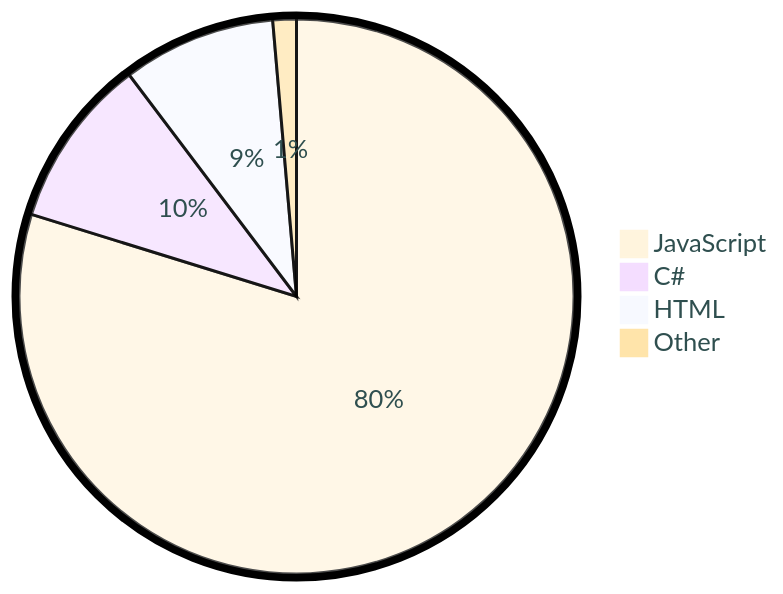
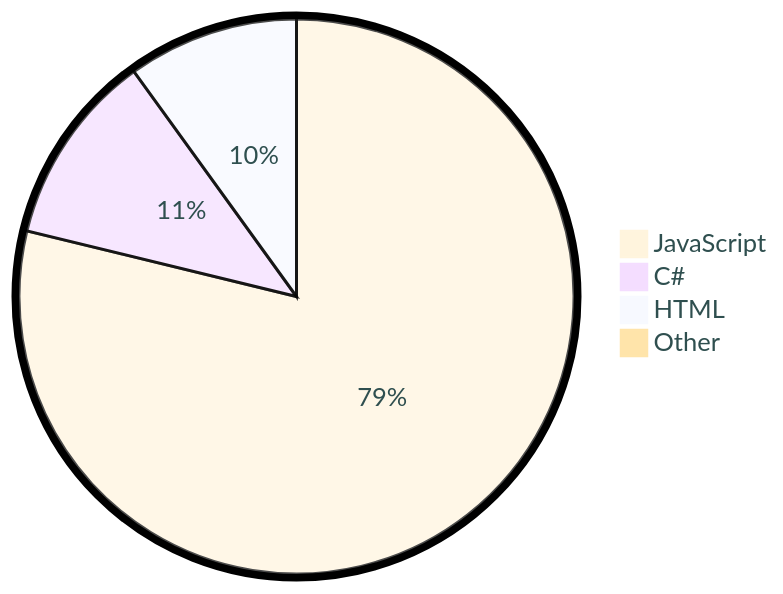
The diagram in README.md (tot0p/tot0p), drawn with Mermaid before and after one commit. The commit also changed other lines of this file, not shown here.

````diff
--- a/README.md
+++ b/README.md
@@ -75,8 +75,8 @@
 ```mermaid
 %%{init: {"pie": {"textPosition": 0.5}, "themeVariables": {"pieOuterStrokeWidth": "5px","primaryTextColor" : "#2F4F4F"},"theme":"base"} }%%
 pie
-	"JavaScript": 79.79
-	"C#": 9.93
-	"HTML": 8.92
-	"Other": 1.37
+	"JavaScript": 78.51
+	"C#": 11.2
+	"HTML": 9.92
+	"Other": 0.38000000000000006
 ```
````
